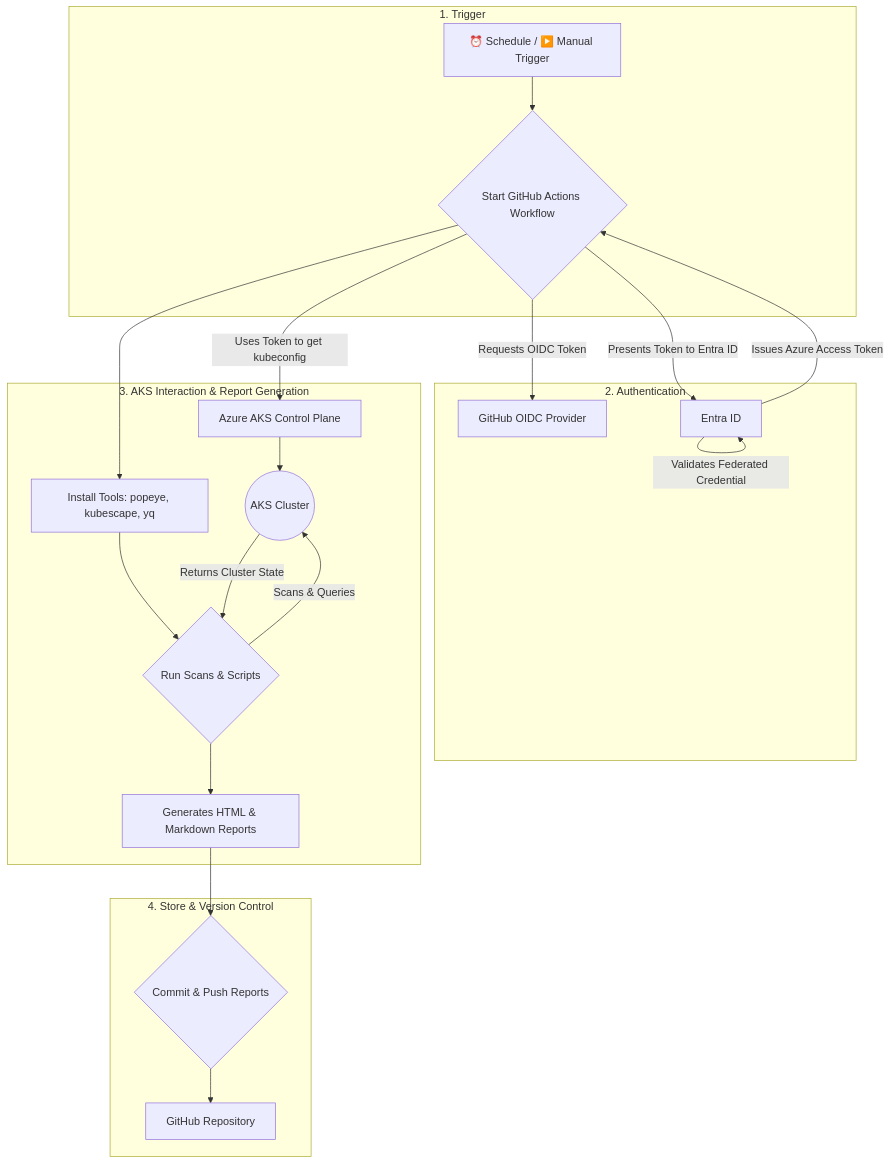
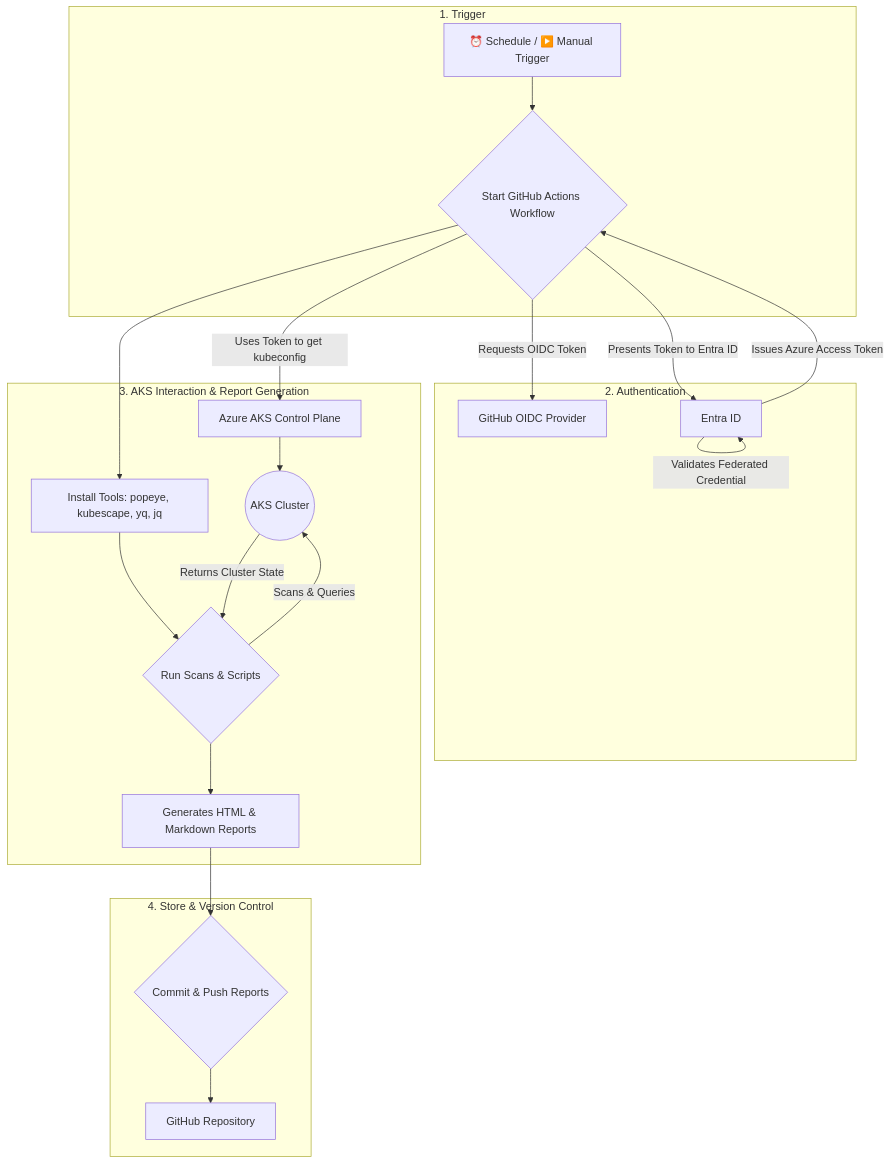
One commit to realniraj/azure-aks-workload-report-generator changed the diagram in README.md. Above: the diagram before and after it, drawn with Mermaid. The commit also changed other lines of this file, not shown here.

Commit message:
Added JQ

````diff
--- a/README.md
+++ b/README.md
@@ -24,28 +24,28 @@
 ```mermaid
 graph TD
     subgraph trigger["1. Trigger"]
         A[⏰ Schedule / ▶️ Manual Trigger] --> B{Start GitHub Actions Workflow}
     end
 
     subgraph auth["2. Authentication"]
         B -->|Requests OIDC Token| C[GitHub OIDC Provider]
         B -->|Presents Token to Entra ID| D[Entra ID]
         D -->|Validates Federated Credential| D
         D -->|Issues Azure Access Token| B
     end
 
     subgraph aks["3. AKS Interaction & Report Generation"]
         B -->|Uses Token to get kubeconfig| E[Azure AKS Control Plane]
         E --> F((AKS Cluster))
-        B --> G["Install Tools: popeye, kubescape, yq"]
+        B --> G["Install Tools: popeye, kubescape, yq, jq"]
         G --> H{Run Scans & Scripts}
         H -- Scans & Queries --> F
         F -- Returns Cluster State --> H
         H --> I[Generates HTML & Markdown Reports]
     end
 
     subgraph store["4. Store & Version Control"]
         I --> K{Commit & Push Reports}
         K --> L[GitHub Repository]
     end
 ```
````
